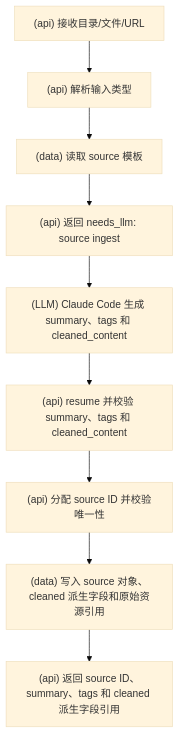
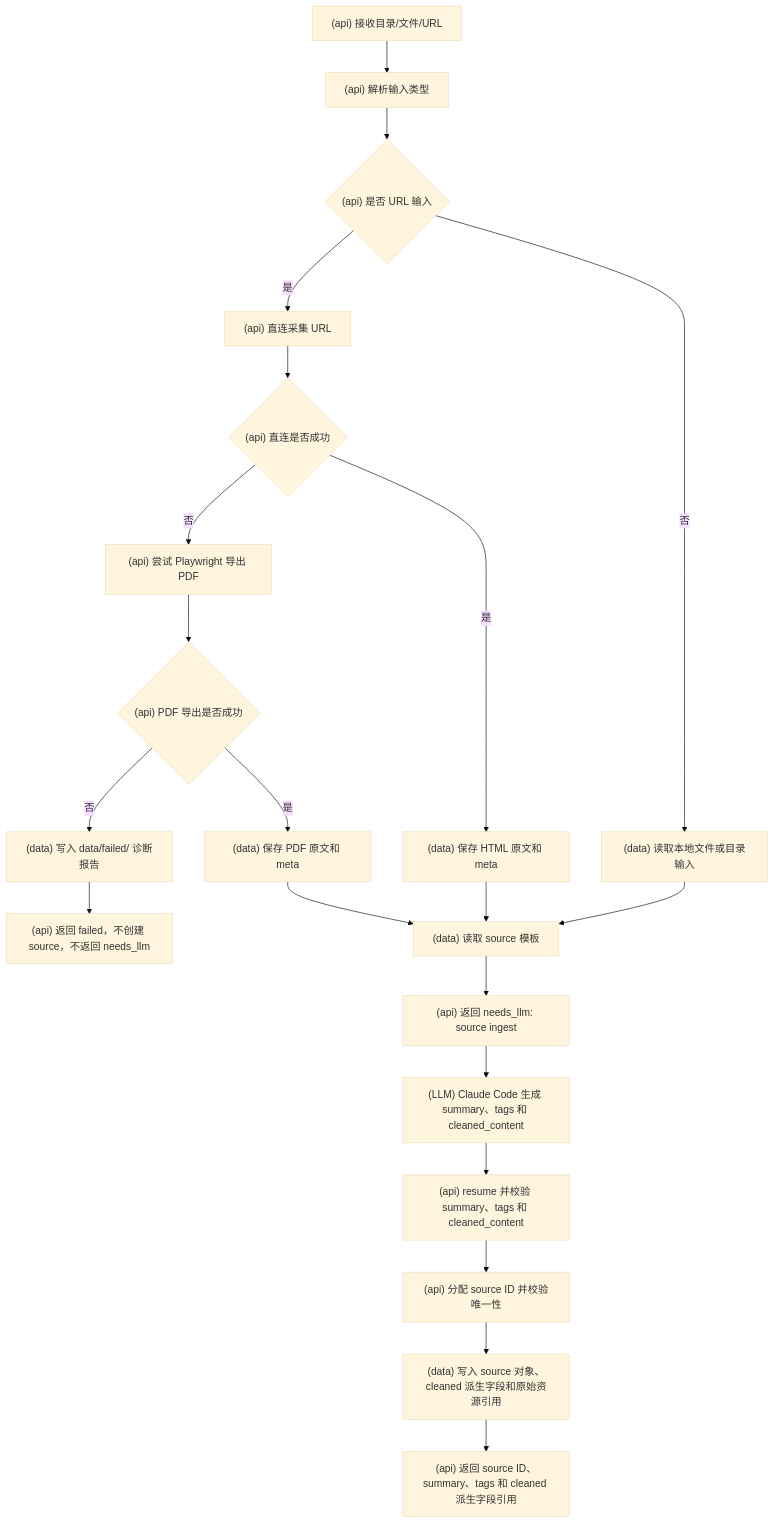
Before and after one commit to srangerme/KBManager: the second of 21 diagrams in docs/流程图.md, drawn with Mermaid (base theme). The commit also changed other lines of this file and 50 other files, not shown here.

````diff
--- a/docs/流程图.md
+++ b/docs/流程图.md
@@ -55,11 +60,23 @@
 ```mermaid
 flowchart TD
   A["(api) 接收目录/文件/URL"] --> B["(api) 解析输入类型"]
-  B --> C["(data) 读取 source 模板"]
-  C --> D["(api) 返回 needs_llm: source ingest"]
-  D --> E["(LLM) Claude Code 生成 summary、tags 和 cleaned_content"]
-  E --> F["(api) resume 并校验 summary、tags 和 cleaned_content"]
-  F --> G["(api) 分配 source ID 并校验唯一性"]
-  G --> H["(data) 写入 source 对象、cleaned 派生字段和原始资源引用"]
-  H --> I["(api) 返回 source ID、summary、tags 和 cleaned 派生字段引用"]
+  B --> C{"(api) 是否 URL 输入"}
+  C -- 否 --> D["(data) 读取本地文件或目录输入"]
+  C -- 是 --> E["(api) 直连采集 URL"]
+  E --> F{"(api) 直连是否成功"}
+  F -- 否 --> G["(api) 尝试 Playwright 导出 PDF"]
+  G --> H{"(api) PDF 导出是否成功"}
+  H -- 否 --> I["(data) 写入 data/failed/ 诊断报告"]
+  I --> J["(api) 返回 failed，不创建 source，不返回 needs_llm"]
+  F -- 是 --> K["(data) 保存 HTML 原文和 meta"]
+  H -- 是 --> L["(data) 保存 PDF 原文和 meta"]
+  D --> M["(data) 读取 source 模板"]
+  K --> M
+  L --> M
+  M --> N["(api) 返回 needs_llm: source ingest"]
+  N --> O["(LLM) Claude Code 生成 summary、tags 和 cleaned_content"]
+  O --> P["(api) resume 并校验 summary、tags 和 cleaned_content"]
+  P --> Q["(api) 分配 source ID 并校验唯一性"]
+  Q --> R["(data) 写入 source 对象、cleaned 派生字段和原始资源引用"]
+  R --> S["(api) 返回 source ID、summary、tags 和 cleaned 派生字段引用"]
 ```
````
